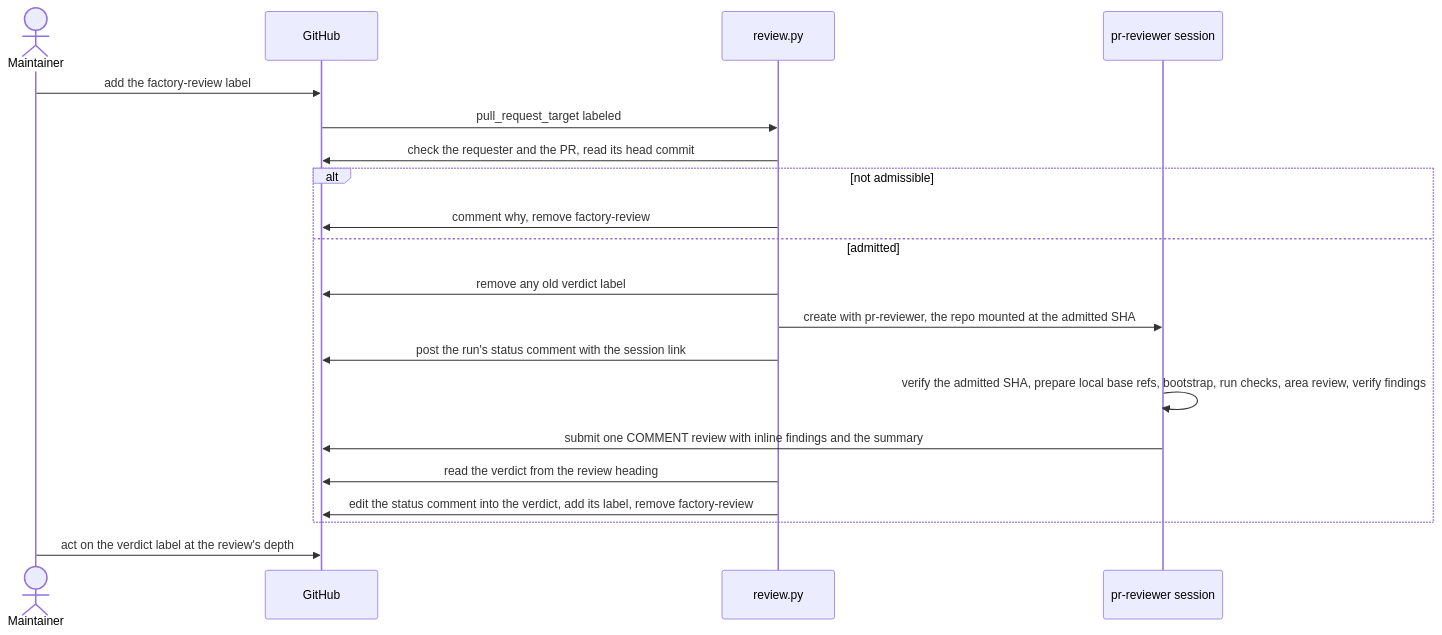
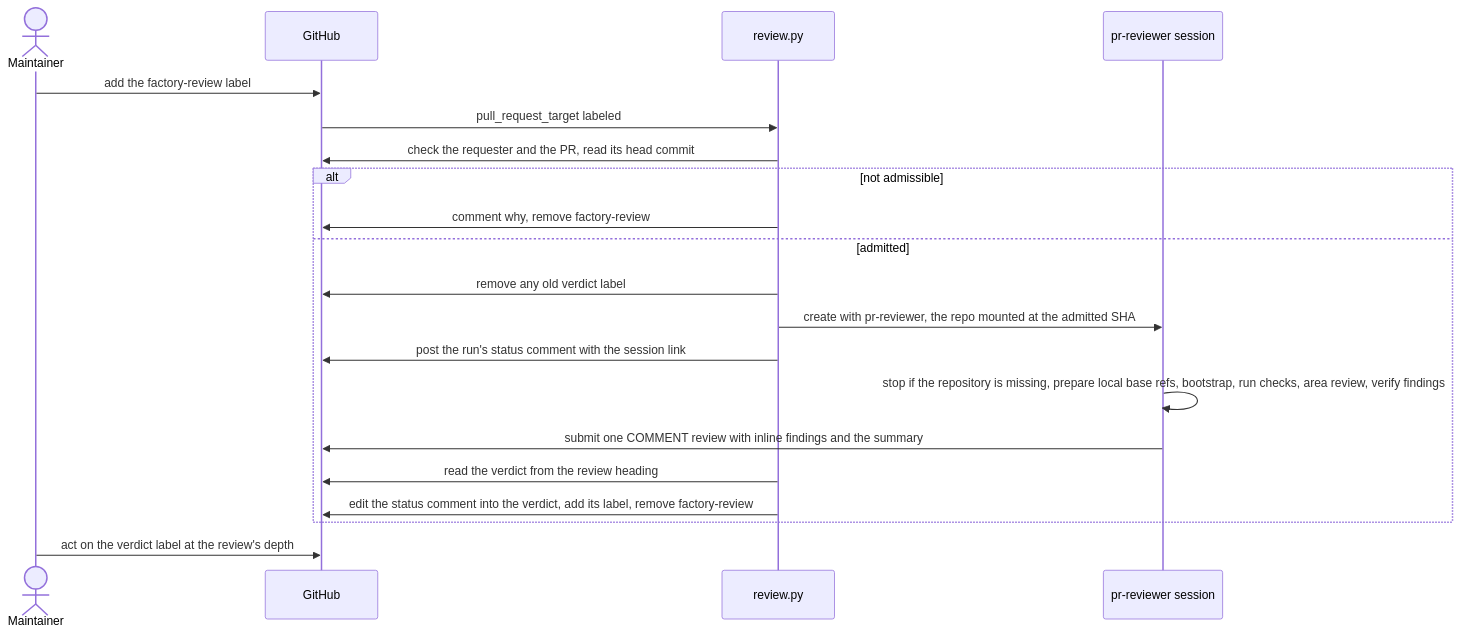
One commit to Arize-ai/phoenix changed the third of 5 diagrams in factory/README.md. Above: the diagram before and after it, drawn with Mermaid. The commit also changed other lines of this file and 4 other files, not shown here.

````diff
--- a/factory/README.md
+++ b/factory/README.md
@@ -182,23 +182,23 @@
 ```mermaid
 sequenceDiagram
   actor maintainer as Maintainer
   participant github as GitHub
   participant review as review.py
   participant session as pr-reviewer session
 
   maintainer->>github: add the factory-review label
   github->>review: pull_request_target labeled
   review->>github: check the requester and the PR, read its head commit
   alt not admissible
     review->>github: comment why, remove factory-review
   else admitted
     review->>github: remove any old verdict label
     review->>session: create with pr-reviewer, the repo mounted at the admitted SHA
     review->>github: post the run's status comment with the session link
-    session->>session: verify the admitted SHA, prepare local base refs, bootstrap, run checks, area review, verify findings
+    session->>session: stop if the repository is missing, prepare local base refs, bootstrap, run checks, area review, verify findings
     session->>github: submit one COMMENT review with inline findings and the summary
     review->>github: read the verdict from the review heading
     review->>github: edit the status comment into the verdict, add its label, remove factory-review
   end
   maintainer->>github: act on the verdict label at the review's depth
 ```
````
